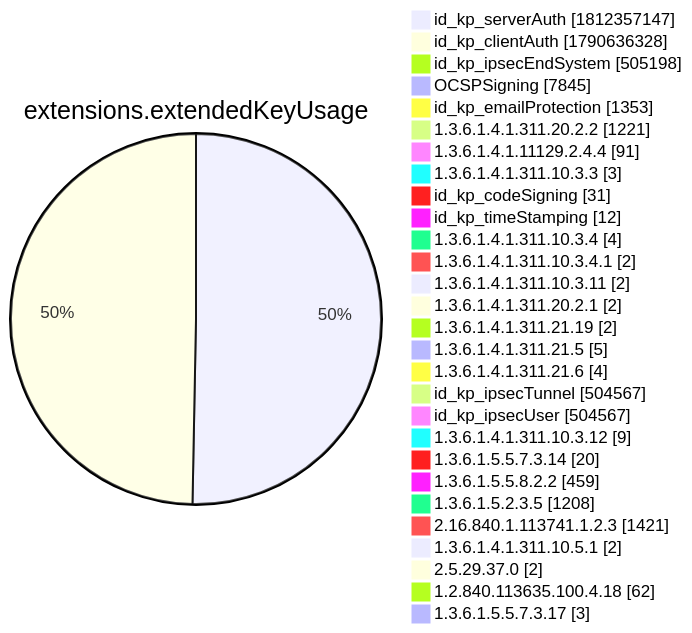
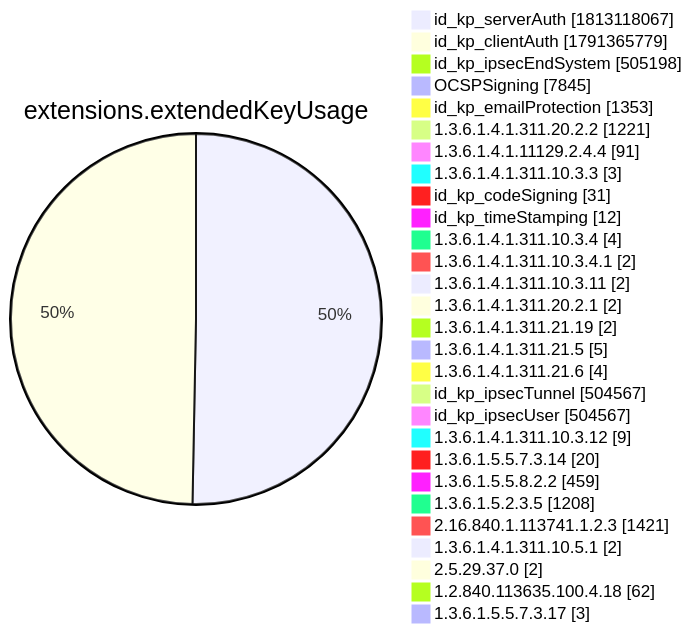
Before and after one commit to christiankrug/ctmonitor_visualization: diagram 12 of 15 in xenon2022/README.md, drawn with Mermaid. The commit also changed other lines of this file, not shown here.

````diff
--- a/xenon2022/README.md
+++ b/xenon2022/README.md
@@ -3895,32 +3895,32 @@
 ```mermaid
 pie showData
 title extensions.extendedKeyUsage
-"id_kp_serverAuth" :1812357147
-"id_kp_clientAuth" :1790636328
+"id_kp_serverAuth" :1813118067
+"id_kp_clientAuth" :1791365779
 "id_kp_ipsecEndSystem" :505198
 "OCSPSigning" :7845
 "id_kp_emailProtection" :1353
 "1.3.6.1.4.1.311.20.2.2" :1221
 "1.3.6.1.4.1.11129.2.4.4" :91
 "1.3.6.1.4.1.311.10.3.3" :3
 "id_kp_codeSigning" :31
 "id_kp_timeStamping" :12
 "1.3.6.1.4.1.311.10.3.4" :4
 "1.3.6.1.4.1.311.10.3.4.1" :2
 "1.3.6.1.4.1.311.10.3.11" :2
 "1.3.6.1.4.1.311.20.2.1" :2
 "1.3.6.1.4.1.311.21.19" :2
 "1.3.6.1.4.1.311.21.5" :5
 "1.3.6.1.4.1.311.21.6" :4
 "id_kp_ipsecTunnel" :504567
 "id_kp_ipsecUser" :504567
 "1.3.6.1.4.1.311.10.3.12" :9
 "1.3.6.1.5.5.7.3.14" :20
 "1.3.6.1.5.5.8.2.2" :459
 "1.3.6.1.5.2.3.5" :1208
 "2.16.840.1.113741.1.2.3" :1421
 "1.3.6.1.4.1.311.10.5.1" :2
 "2.5.29.37.0" :2
 "1.2.840.113635.100.4.18" :62
 "1.3.6.1.5.5.7.3.17" :3
 ```
````
